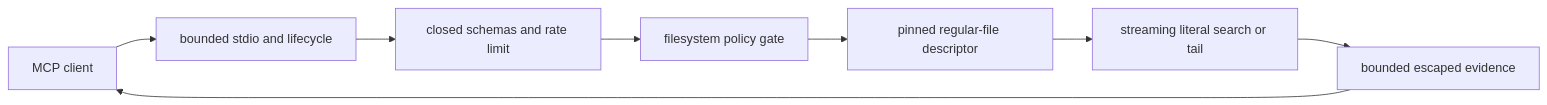
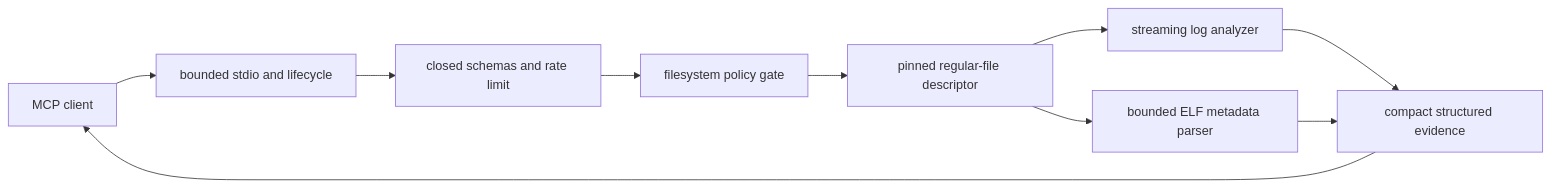
The diagram in README.md (kabbersokhi-boop/native-mcp-sandbox), drawn with Mermaid before and after one commit. The commit also changed other lines of this file and 20 other files, not shown here.

````diff
--- a/README.md
+++ b/README.md
@@ -154,10 +187,12 @@
 ```mermaid
 flowchart LR
     A["MCP client"] --> B["bounded stdio and lifecycle"]
     B --> C["closed schemas and rate limit"]
     C --> D["filesystem policy gate"]
     D --> E["pinned regular-file descriptor"]
-    E --> F["streaming literal search or tail"]
-    F --> G["bounded escaped evidence"]
-    G --> A
+    E --> F["streaming log analyzer"]
+    E --> G["bounded ELF metadata parser"]
+    F --> H["compact structured evidence"]
+    G --> H
+    H --> A
 ```
````
